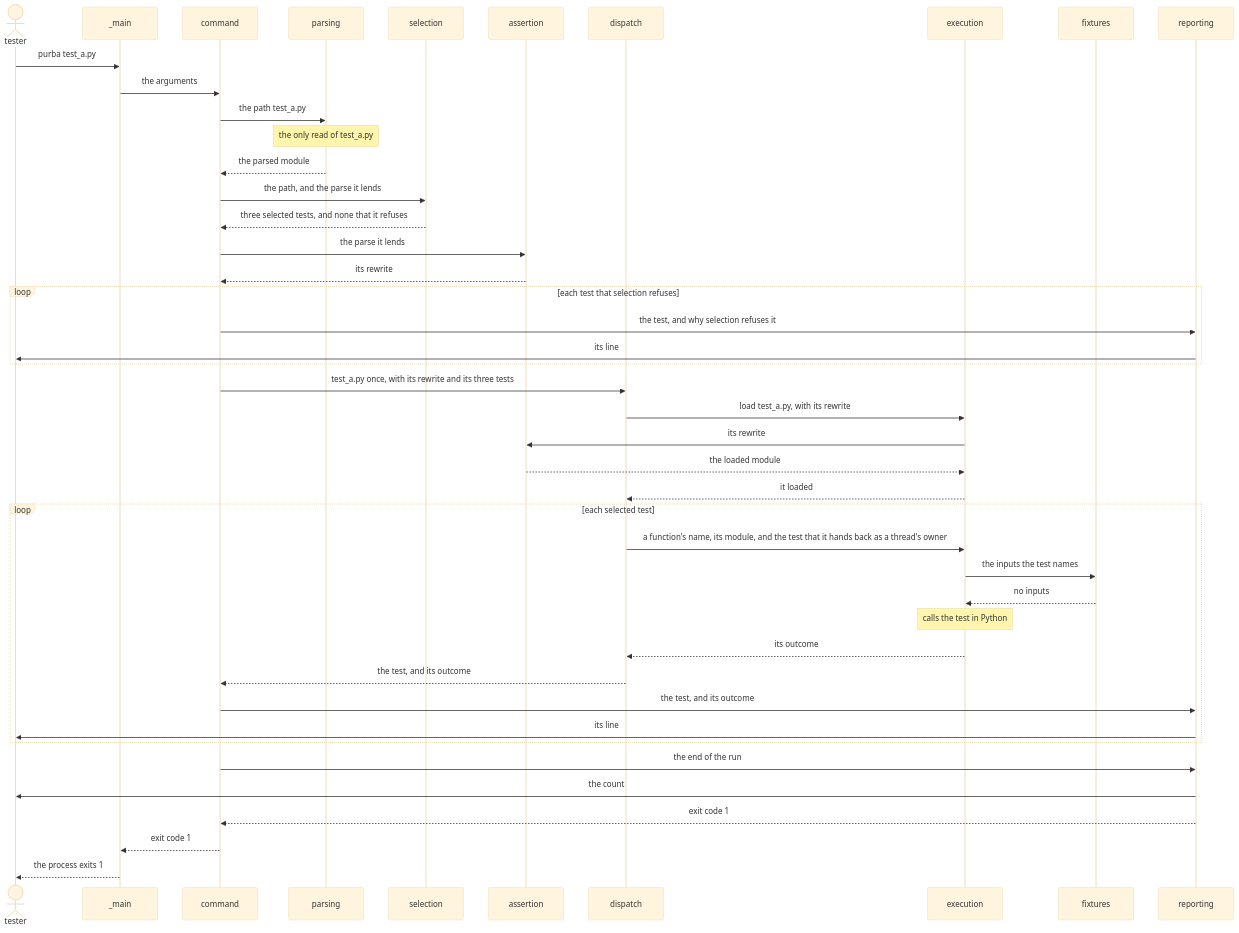
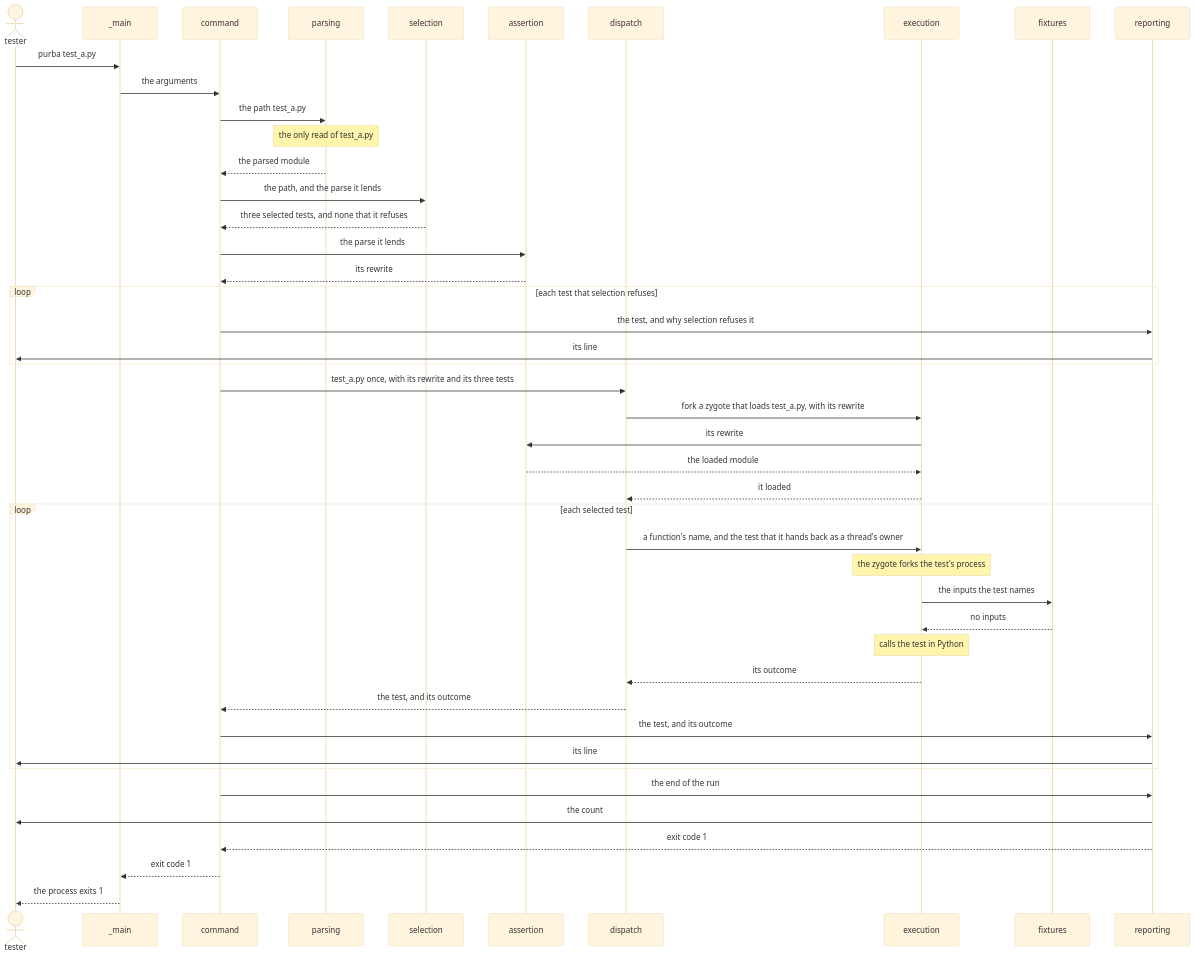
The third of 3 diagrams in LANDSCAPE.md (kalonji-tools/purba), drawn with Mermaid (base theme) before and after one commit. The commit also changed other lines of this file and 12 other files, not shown here.

First line of the commit message:
docs(decisions): run each test in a process that a zygote forks (#694)

````diff
--- a/LANDSCAPE.md
+++ b/LANDSCAPE.md
@@ -85,46 +85,47 @@
 ```mermaid
 sequenceDiagram
   actor tester
   participant main as _main
   participant command
   participant parsing
   participant selection
   participant assertion
   participant dispatch
   participant execution
   participant fixtures
   participant reporting
   tester ->> main: purba test_a.py
   main ->> command: the arguments
   command ->> parsing: the path test_a.py
   Note over parsing: the only read of test_a.py
   parsing -->> command: the parsed module
   command ->> selection: the path, and the parse it lends
   selection -->> command: three selected tests, and none that it refuses
   command ->> assertion: the parse it lends
   assertion -->> command: its rewrite
   loop each test that selection refuses
     command ->> reporting: the test, and why selection refuses it
     reporting ->> tester: its line
   end
   command ->> dispatch: test_a.py once, with its rewrite and its three tests
-  dispatch ->> execution: load test_a.py, with its rewrite
+  dispatch ->> execution: fork a zygote that loads test_a.py, with its rewrite
   execution ->> assertion: its rewrite
   assertion -->> execution: the loaded module
   execution -->> dispatch: it loaded
   loop each selected test
-    dispatch ->> execution: a function's name, its module, and the test that it hands back as a thread's owner
+    dispatch ->> execution: a function's name, and the test that it hands back as a thread's owner
+    Note over execution: the zygote forks the test's process
     execution ->> fixtures: the inputs the test names
     fixtures -->> execution: no inputs
     Note over execution: calls the test in Python
     execution -->> dispatch: its outcome
     dispatch -->> command: the test, and its outcome
     command ->> reporting: the test, and its outcome
     reporting ->> tester: its line
   end
   command ->> reporting: the end of the run
   reporting ->> tester: the count
   reporting -->> command: exit code 1
   command -->> main: exit code 1
   main -->> tester: the process exits 1
 ```
````
